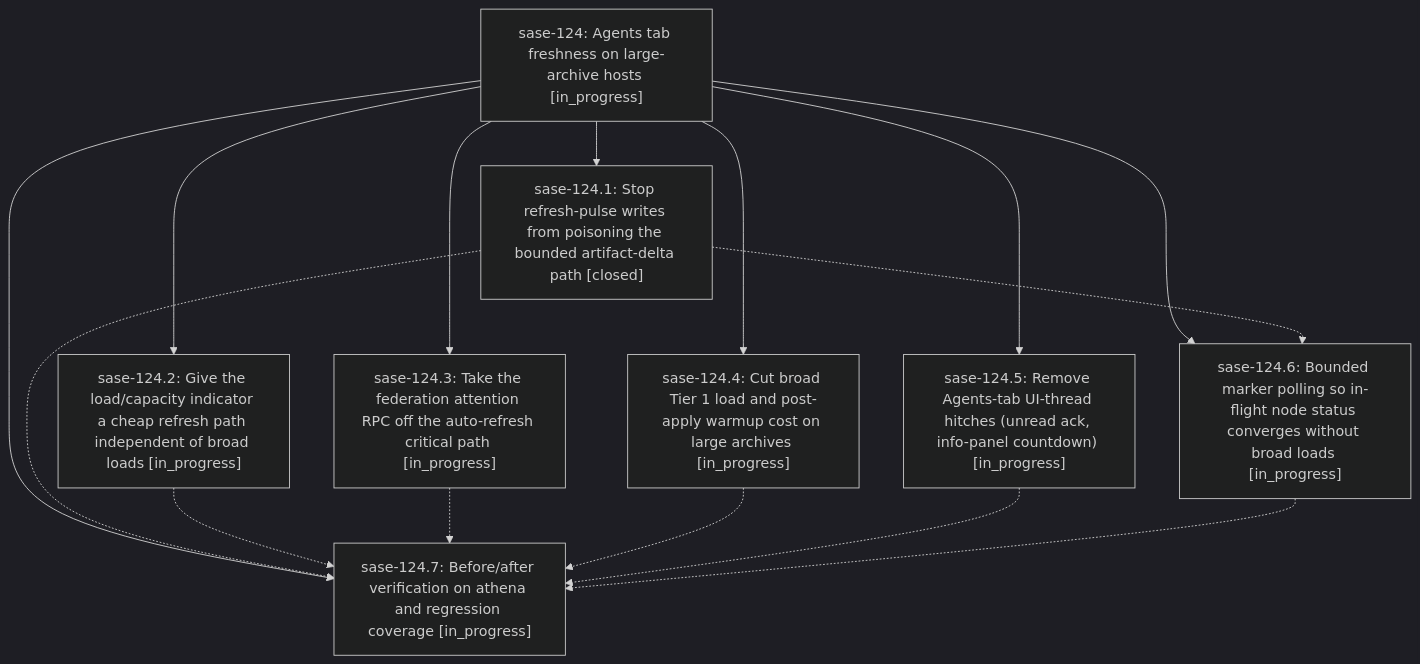
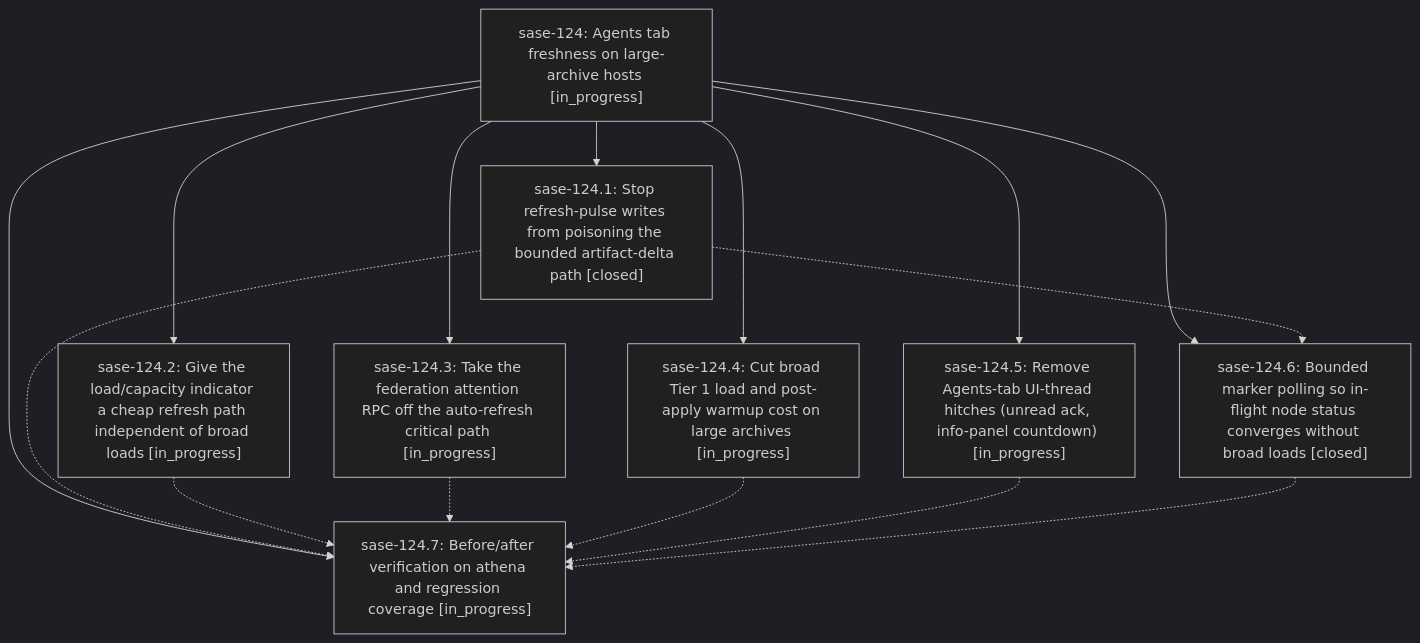
The diagram in pages/sase-124/README.md (sase-org/sase--beads), drawn with Mermaid (dark theme) before and after one commit. The commit also changed other lines of this file and 4 other files, not shown here.

````diff
--- a/pages/sase-124/README.md
+++ b/pages/sase-124/README.md
@@ -28,25 +28,25 @@
 ```mermaid
 flowchart TD
     n0["sase-124: Agents tab freshness on large-archive hosts [in_progress]"]
     n1["sase-124.1: Stop refresh-pulse writes from poisoning the bounded artifact-delta path [closed]"]
     n2["sase-124.2: Give the load/capacity indicator a cheap refresh path independent of broad loads [in_progress]"]
     n3["sase-124.3: Take the federation attention RPC off the auto-refresh critical path [in_progress]"]
     n4["sase-124.4: Cut broad Tier 1 load and post-apply warmup cost on large archives [in_progress]"]
     n5["sase-124.5: Remove Agents-tab UI-thread hitches (unread ack, info-panel countdown) [in_progress]"]
-    n6["sase-124.6: Bounded marker polling so in-flight node status converges without broad loads [in_progress]"]
+    n6["sase-124.6: Bounded marker polling so in-flight node status converges without broad loads [closed]"]
     n7["sase-124.7: Before/after verification on athena and regression coverage [in_progress]"]
     n0 --> n1
     n0 --> n2
     n0 --> n3
     n0 --> n4
     n0 --> n5
     n0 --> n6
     n0 --> n7
     n1 -.-> n6
     n1 -.-> n7
     n2 -.-> n7
     n3 -.-> n7
     n4 -.-> n7
     n5 -.-> n7
     n6 -.-> n7
 ```
````
